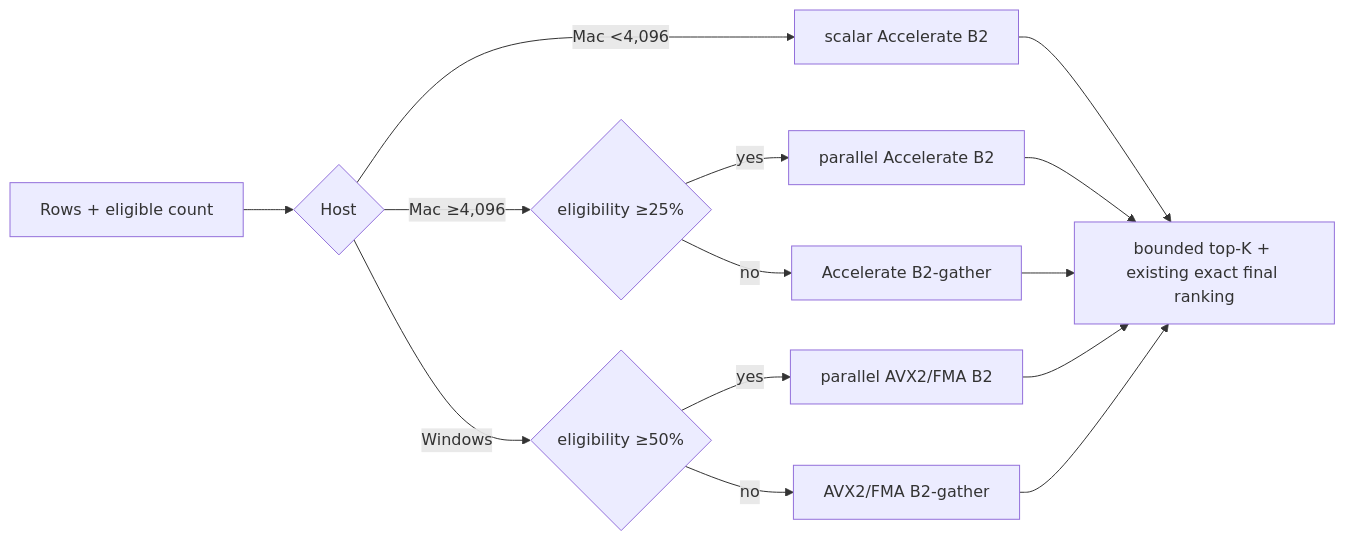
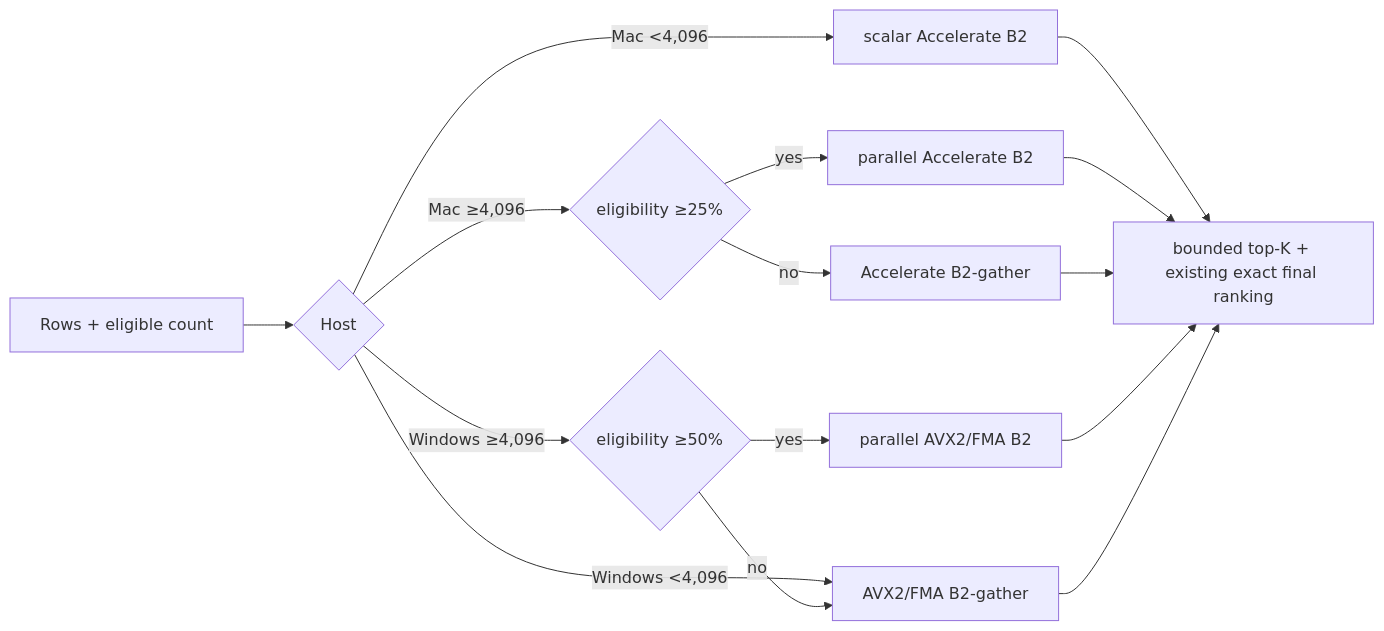
The diagram in docs/benchmarks/vector-backend/2026-08-02-rust-vector-optimization-bakeoff-2-report.md (Orthic-Labs/Membrane), drawn with Mermaid before and after one commit. The commit also changed other lines of this file and 2 other files, not shown here.

````diff
--- a/docs/benchmarks/vector-backend/2026-08-02-rust-vector-optimization-bakeoff-2-report.md
+++ b/docs/benchmarks/vector-backend/2026-08-02-rust-vector-optimization-bakeoff-2-report.md
@@ -27,16 +27,17 @@
 ```mermaid
 flowchart LR
     Q["Rows + eligible count"] --> H{"Host"}
     H -->|"Mac <4,096"| MB["scalar Accelerate B2"]
     H -->|"Mac ≥4,096"| MS{"eligibility ≥25%"}
     MS -->|"yes"| MP["parallel Accelerate B2"]
     MS -->|"no"| MG["Accelerate B2-gather"]
-    H -->|"Windows"| WS{"eligibility ≥50%"}
+    H -->|"Windows <4,096"| WG["AVX2/FMA B2-gather"]
+    H -->|"Windows ≥4,096"| WS{"eligibility ≥50%"}
     WS -->|"yes"| WP["parallel AVX2/FMA B2"]
-    WS -->|"no"| WG["AVX2/FMA B2-gather"]
+    WS -->|"no"| WG
     MB --> R["bounded top-K + existing exact final ranking"]
     MP --> R
     MG --> R
     WP --> R
     WG --> R
 ```
````
